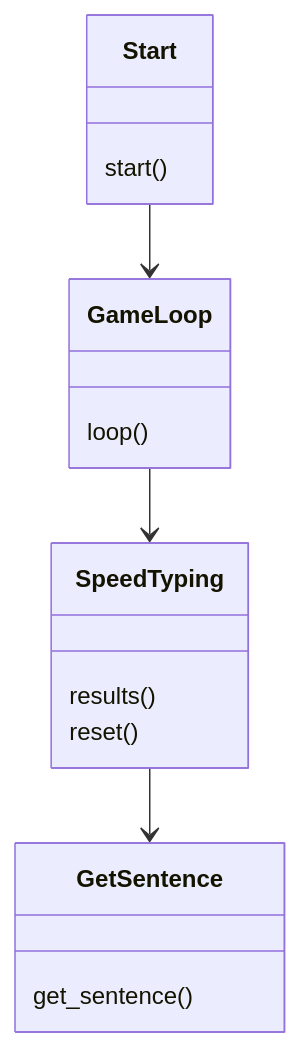
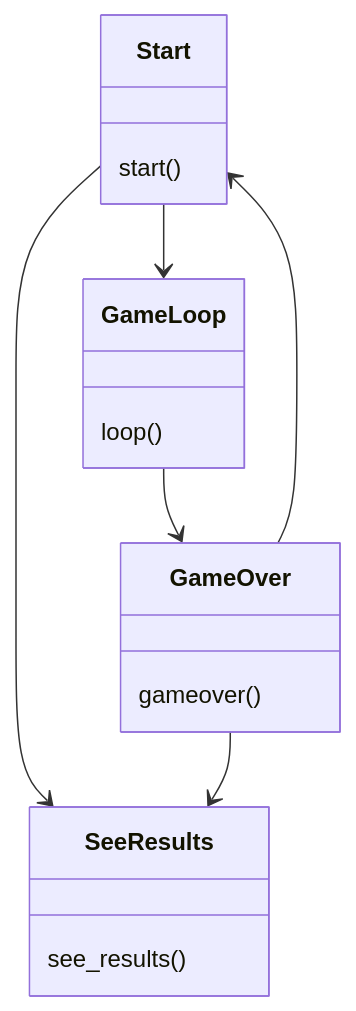
Before and after one commit to roosahut/ot-harjoitustyo: the second of 5 diagrams in dokumentaatio/arkkitehtuuri.md, drawn with Mermaid. The commit also changed other lines of this file, not shown here.

````diff
--- a/dokumentaatio/arkkitehtuuri.md
+++ b/dokumentaatio/arkkitehtuuri.md
@@ -13,19 +32,21 @@
 ```mermaid
  classDiagram
       Start --> GameLoop
-      GameLoop --> SpeedTyping
-      SpeedTyping --> GetSentence
+      Start --> SeeResults
+      GameLoop --> GameOver
+      GameOver --> SeeResults
+      GameOver --> Start
       class Start{
           start()
       }
       class GameLoop{
           loop()
       }
-      class SpeedTyping{
-          results()
-          reset()
+      class GameOver{
+           gameover()
       }
-      class GetSentence{
-           get_sentence()
+      class SeeResults{
+          see_results()
       }
+
 ```
````
